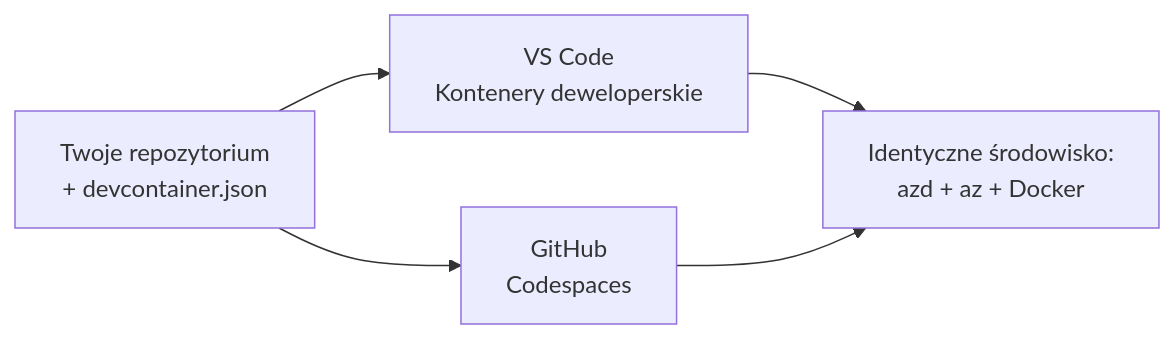
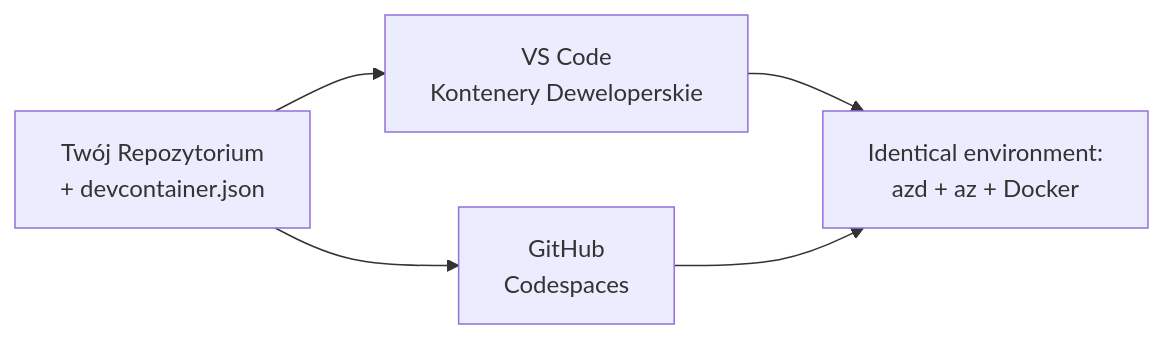
The diagram in translations/pl/docs/chapter-01-foundation/dev-containers.md (microsoft/AZD-for-beginners), drawn with Mermaid before and after one commit. The commit also changed other lines of this file and 61 other files, not shown here.

````diff
--- a/translations/pl/docs/chapter-01-foundation/dev-containers.md
+++ b/translations/pl/docs/chapter-01-foundation/dev-containers.md
@@ -41,7 +41,7 @@
 ```mermaid
 graph LR
-    Repo[Twoje repozytorium<br/>+ devcontainer.json] --> VSCode[VS Code<br/>Kontenery deweloperskie]
+    Repo[Twój Repozytorium<br/>+ devcontainer.json] --> VSCode[VS Code<br/>Kontenery Deweloperskie]
     Repo --> Codespaces[GitHub<br/>Codespaces]
-    VSCode --> Env[Identyczne środowisko:<br/>azd + az + Docker]
+    VSCode --> Env[Identical environment:<br/>azd + az + Docker]
     Codespaces --> Env
 ```
````
